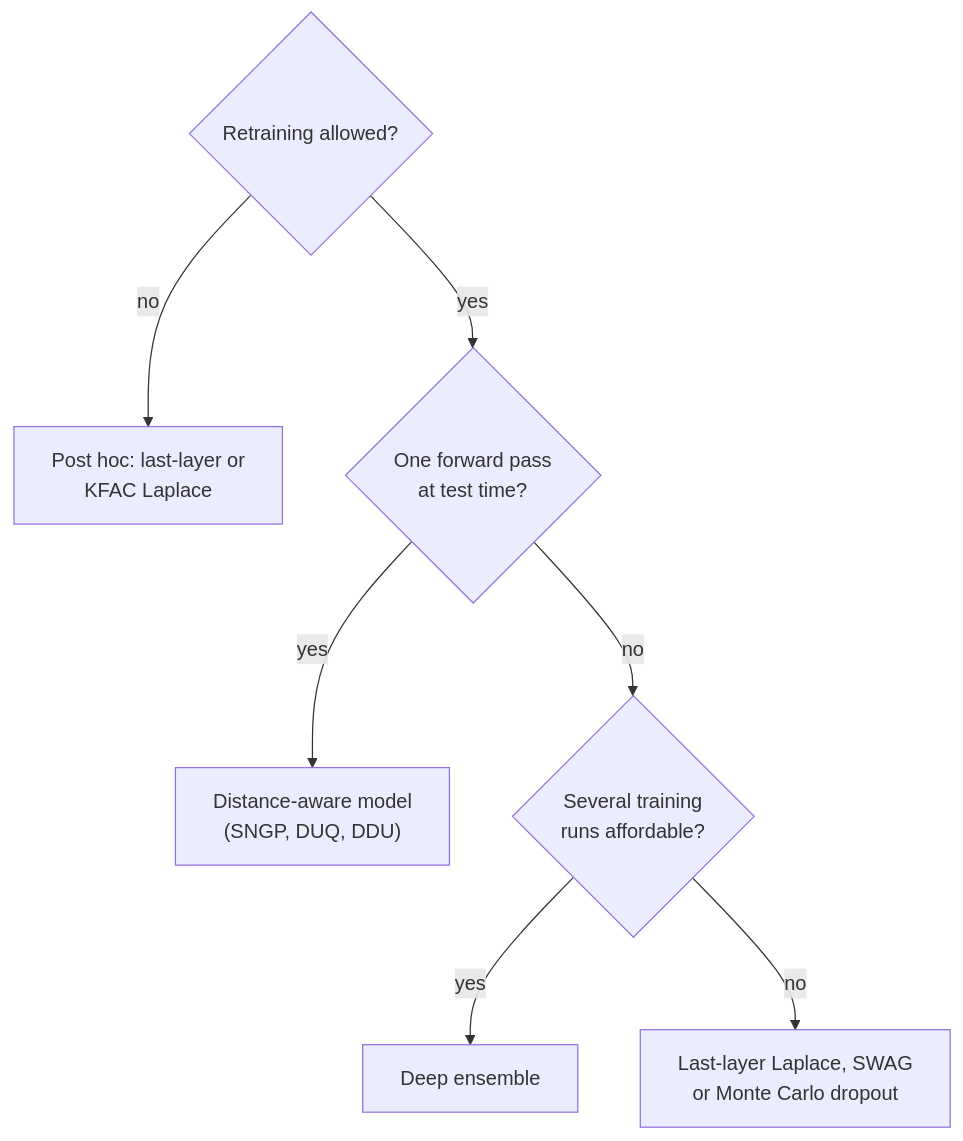
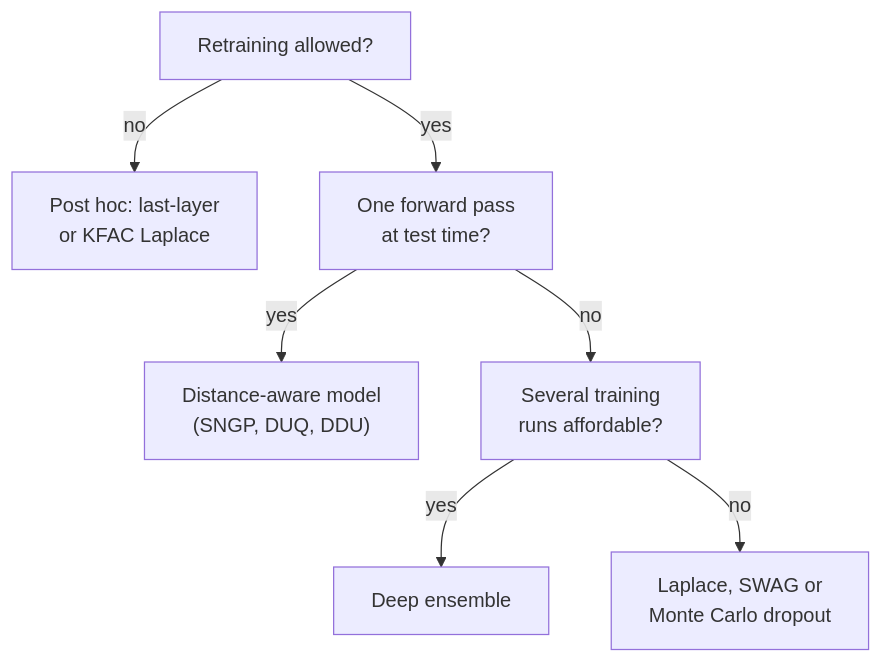
One commit to acrr-asia/acrr changed the diagram in src/content/blog/scaling-bayesian-deep-learning.mdx. Above: the diagram before and after it, drawn with Mermaid. The commit also changed other lines of this file and 2 other files, not shown here.

First line of the commit message:
Bayesian Deep Learning: entries 7-8 and merged diagram generators

````diff
--- a/src/content/blog/scaling-bayesian-deep-learning.mdx
+++ b/src/content/blog/scaling-bayesian-deep-learning.mdx
@@ -262,9 +258,9 @@
 ```mermaid
 flowchart TD
-    A{"Retraining allowed?"} -->|no| B["Post hoc: last-layer or<br/>KFAC Laplace"]
-    A -->|yes| C{"One forward pass<br/>at test time?"}
+    A["Retraining allowed?"] -->|no| B["Post hoc: last-layer<br/>or KFAC Laplace"]
+    A -->|yes| C["One forward pass<br/>at test time?"]
     C -->|yes| D["Distance-aware model<br/>(SNGP, DUQ, DDU)"]
-    C -->|no| E{"Several training<br/>runs affordable?"}
+    C -->|no| E["Several training<br/>runs affordable?"]
     E -->|yes| F["Deep ensemble"]
-    E -->|no| G["Last-layer Laplace, SWAG<br/>or Monte Carlo dropout"]
+    E -->|no| G["Laplace, SWAG or<br/>Monte Carlo dropout"]
 ```
````
